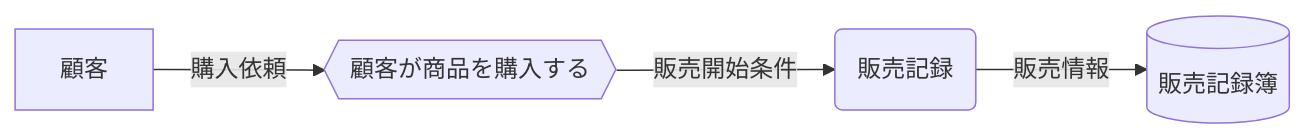
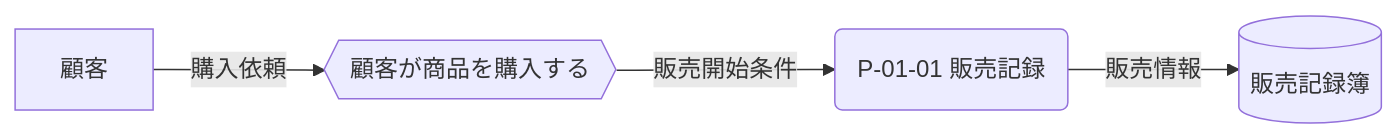
Before and after one commit to specdojo/specdojo: the third of 5 diagrams in docs/ja/specdojo/rulebooks/cdfd-mermaid-rulebook.md, drawn with Mermaid. The commit also changed other lines of this file and 12 other files, not shown here.

````diff
--- a/docs/ja/specdojo/rulebooks/cdfd-mermaid-rulebook.md
+++ b/docs/ja/specdojo/rulebooks/cdfd-mermaid-rulebook.md
@@ -169,6 +160,6 @@
 ```mermaid
 flowchart LR
   顧客["顧客"] -->|"購入依頼"| 購入要求{{"顧客が商品を購入する"}}
-  購入要求 -->|"販売開始条件"| 販売記録("販売記録")
+  購入要求 -->|"販売開始条件"| 販売記録("P-01-01 販売記録")
   販売記録 -->|"販売情報"| 販売記録簿[("販売記録簿")]
 ```
````
